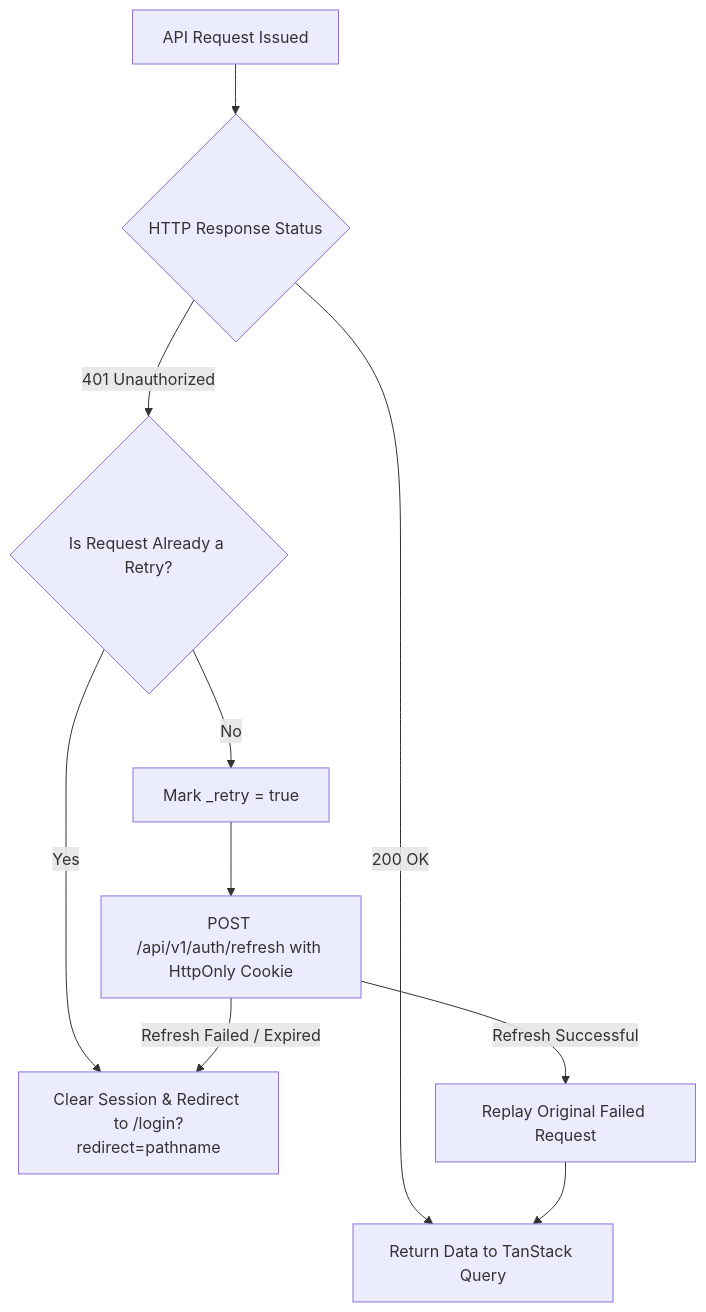
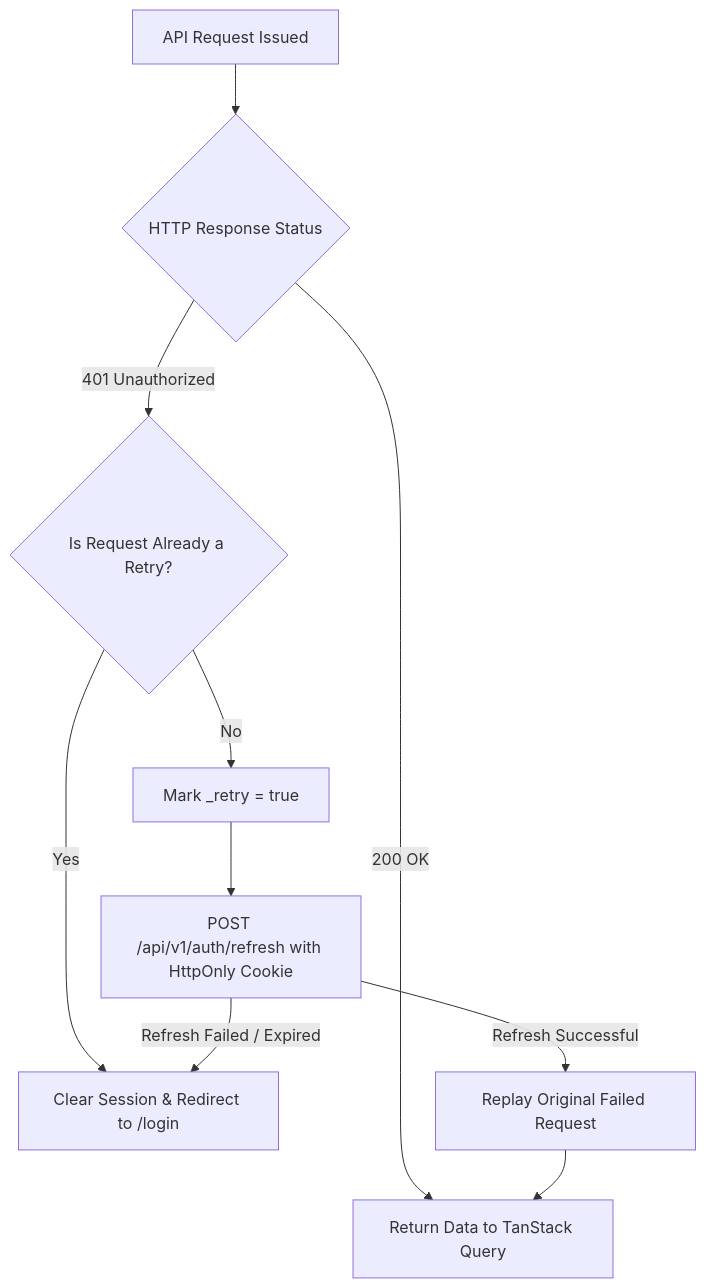
Before and after one commit to Nasif284/Voymate-client: the second of 2 diagrams in README.md, drawn with Mermaid. The commit also changed other lines of this file, not shown here.

Commit message:
docs: fix Mermaid diagram syntax by quoting node labels in client README

````diff
--- a/README.md
+++ b/README.md
@@ -120,12 +120,12 @@
 ```mermaid
 flowchart TD
-    A[API Request Issued] --> B{HTTP Response Status}
-    B -->|200 OK| C[Return Data to TanStack Query]
-    B -->|401 Unauthorized| D{Is Request Already a Retry?}
-    D -->|Yes| E[Clear Session & Redirect to /login?redirect=pathname]
-    D -->|No| F[Mark _retry = true]
-    F --> G[POST /api/v1/auth/refresh with HttpOnly Cookie]
-    G -->|Refresh Successful| H[Replay Original Failed Request]
+    A["API Request Issued"] --> B{"HTTP Response Status"}
+    B -->|200 OK| C["Return Data to TanStack Query"]
+    B -->|401 Unauthorized| D{"Is Request Already a Retry?"}
+    D -->|Yes| E["Clear Session & Redirect to /login"]
+    D -->|No| F["Mark _retry = true"]
+    F --> G["POST /api/v1/auth/refresh with HttpOnly Cookie"]
+    G -->|Refresh Successful| H["Replay Original Failed Request"]
     G -->|Refresh Failed / Expired| E
     H --> C
 ```
````
